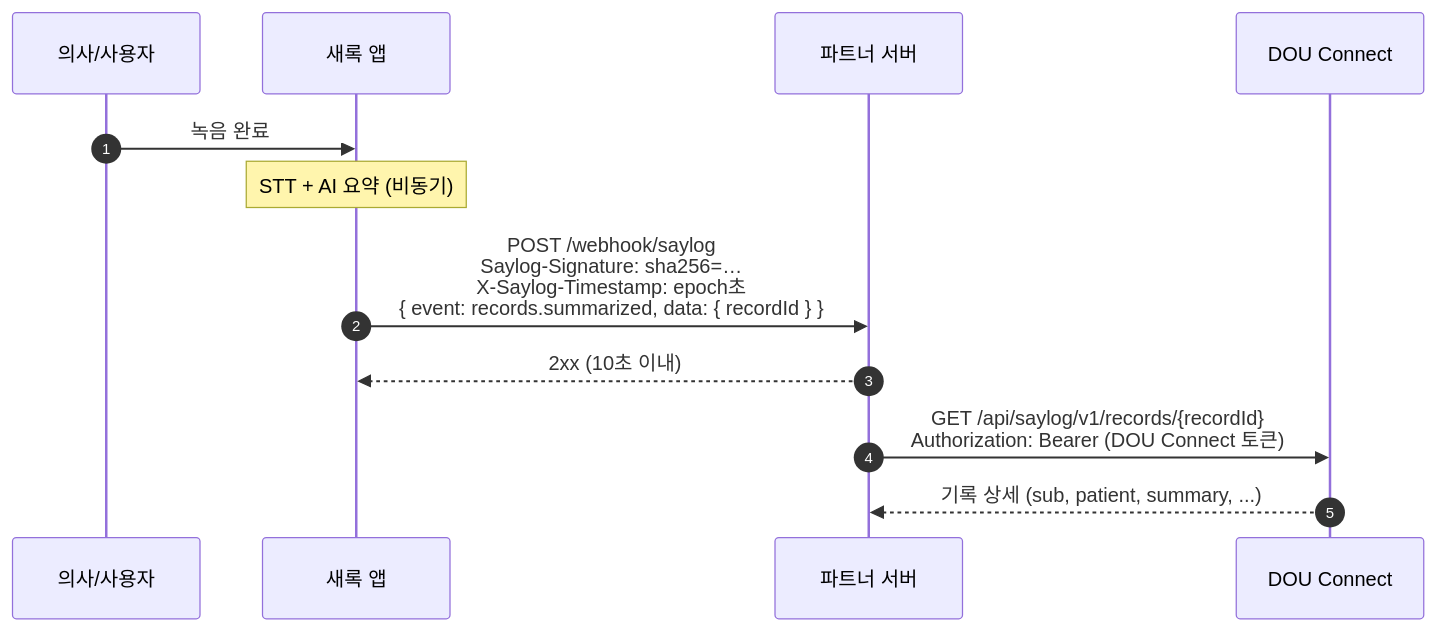
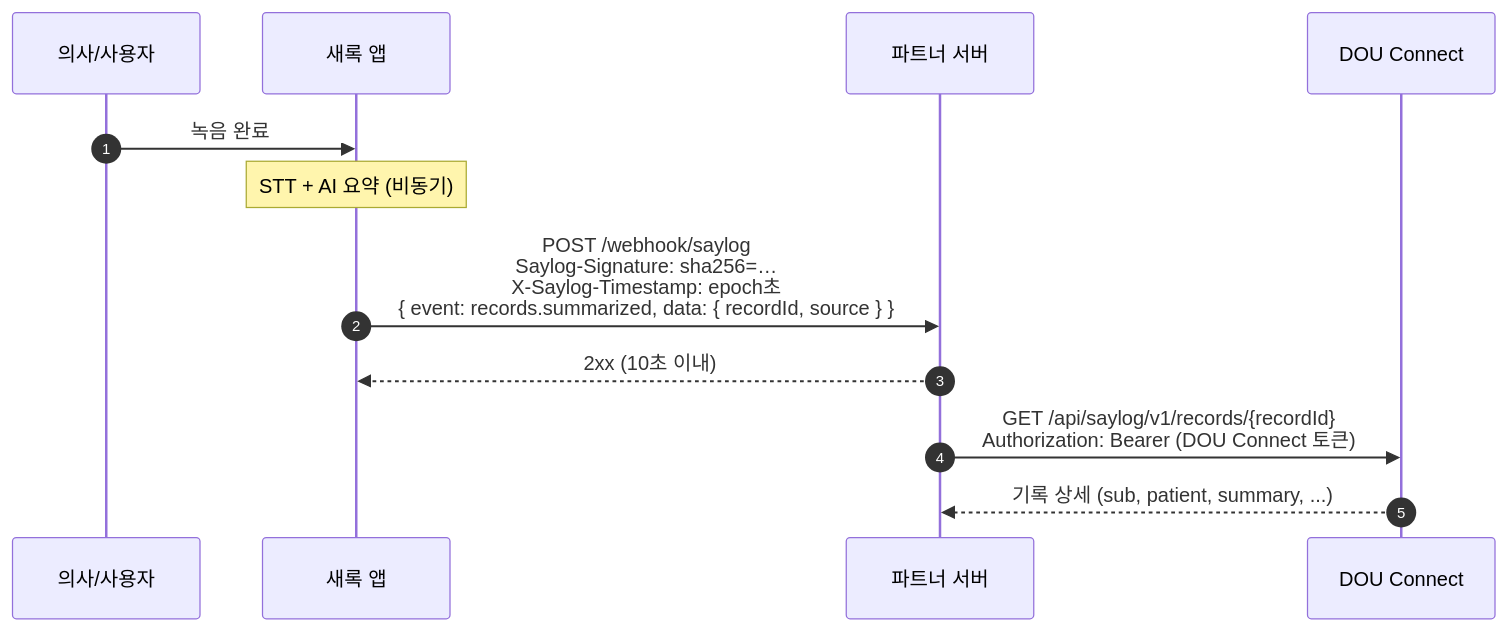
Before and after one commit to douinc/dou-connect-sample: the third of 3 diagrams in README.md, drawn with Mermaid. The commit also changed other lines of this file and 4 other files, not shown here.

````diff
--- a/README.md
+++ b/README.md
@@ -104,15 +104,15 @@
 ```mermaid
 sequenceDiagram
     autonumber
     participant U as 의사/사용자
     participant App as 새록 앱
     participant P as 파트너 서버
     participant C as DOU Connect
 
     U->>App: 녹음 완료
     Note over App: STT + AI 요약 (비동기)
-    App->>P: POST /webhook/saylog<br/>Saylog-Signature: sha256=…<br/>X-Saylog-Timestamp: epoch초<br/>{ event: records.summarized, data: { recordId } }
+    App->>P: POST /webhook/saylog<br/>Saylog-Signature: sha256=…<br/>X-Saylog-Timestamp: epoch초<br/>{ event: records.summarized, data: { recordId, source } }
     P-->>App: 2xx (10초 이내)
     P->>C: GET /api/saylog/v1/records/{recordId}<br/>Authorization: Bearer (DOU Connect 토큰)
     C-->>P: 기록 상세 (sub, patient, summary, ...)
 ```
````
